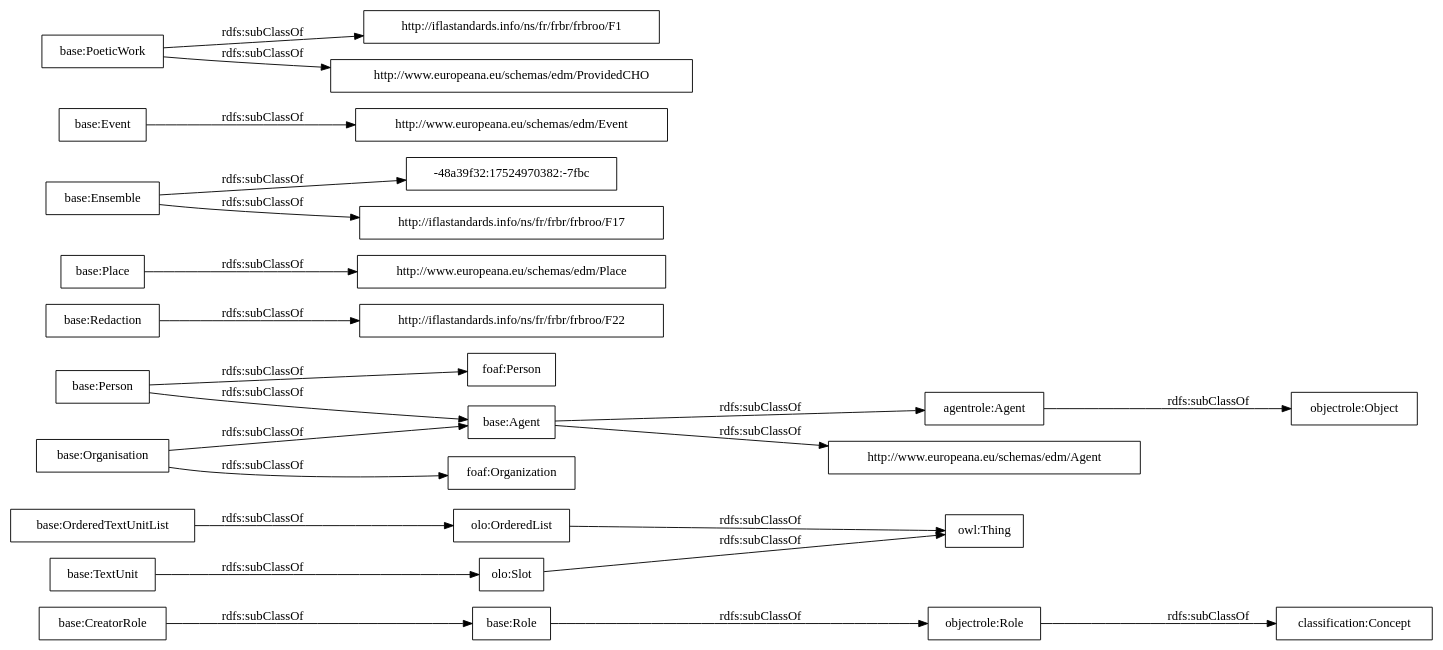
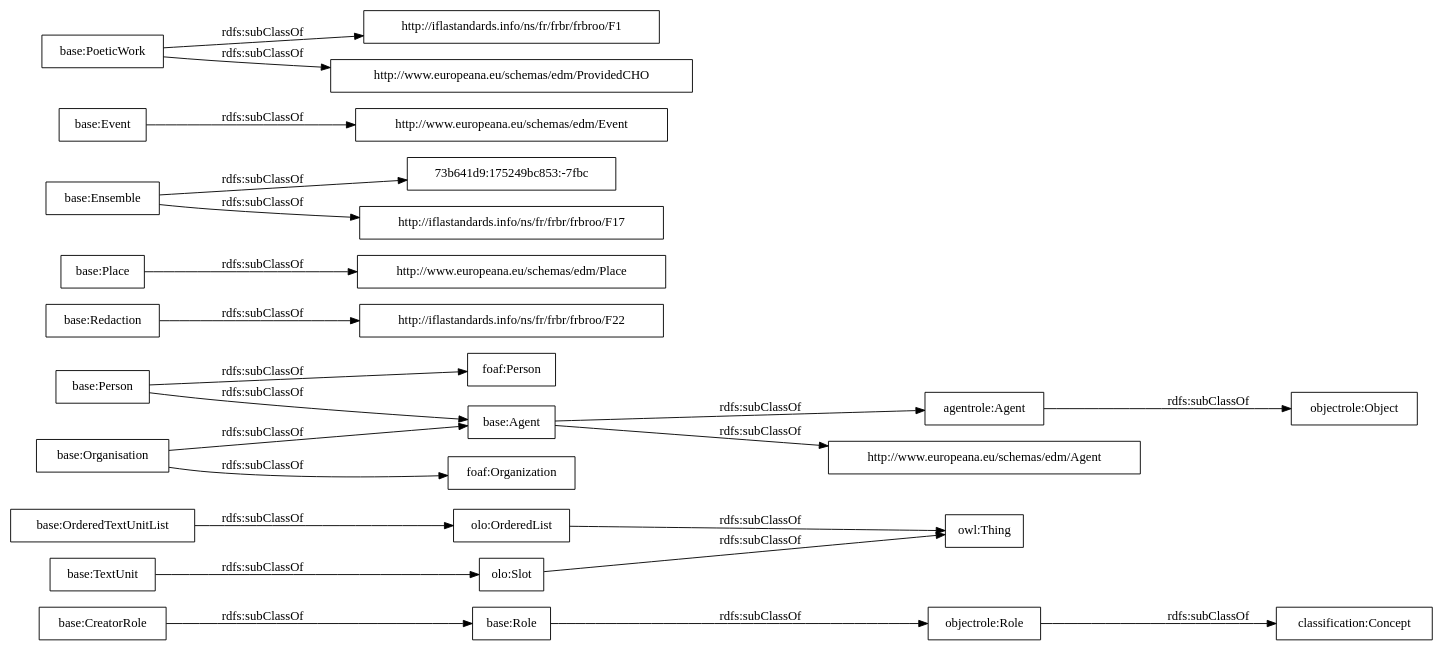
Before and after one commit to OnToologyUser/core-ontology-1: the diagram in OnToology/postdata-core.owl/diagrams/ar2dtool-taxonomy/postdata-core.owl.png.dot, drawn with Graphviz. The commit also changed 14 other files, not shown here.

```diff
--- a/OnToology/postdata-core.owl/diagrams/ar2dtool-taxonomy/postdata-core.owl.png.dot
+++ b/OnToology/postdata-core.owl/diagrams/ar2dtool-taxonomy/postdata-core.owl.png.dot
@@ -1,27 +1,27 @@
 digraph ar2dtool_diagram { 
 rankdir=LR;
 size="1000"
-node [shape = rectangle, color="black"]; "base:Role" "base:OrderedTextUnitList" "agentrole:Agent" "http://iflastandards.info/ns/fr/frbr/frbroo/F22" "http://www.europeana.eu/schemas/edm/Agent" "base:Agent" "base:CreatorRole" "base:Person" "base:Organisation" "http://www.europeana.eu/schemas/edm/Place" "base:Redaction" "base:Ensemble" "foaf:Person" "http://www.europeana.eu/schemas/edm/Event" "base:TextUnit" "http://iflastandards.info/ns/fr/frbr/frbroo/F1" "foaf:Organization" "http://www.europeana.eu/schemas/edm/ProvidedCHO" "-48a39f32:17524970382:-7fbc" "base:Place" "base:Event" "base:PoeticWork" "http://iflastandards.info/ns/fr/frbr/frbroo/F17" "owl:Thing" "objectrole:Role" "objectrole:Object" "olo:Slot" "olo:OrderedList" "classification:Concept" ; /*classes style*/
+node [shape = rectangle, color="black"]; "base:Role" "base:OrderedTextUnitList" "agentrole:Agent" "http://iflastandards.info/ns/fr/frbr/frbroo/F22" "http://www.europeana.eu/schemas/edm/Agent" "base:Agent" "base:CreatorRole" "base:Person" "base:Organisation" "http://www.europeana.eu/schemas/edm/Place" "base:Redaction" "base:Ensemble" "foaf:Person" "http://www.europeana.eu/schemas/edm/Event" "base:TextUnit" "http://iflastandards.info/ns/fr/frbr/frbroo/F1" "foaf:Organization" "http://www.europeana.eu/schemas/edm/ProvidedCHO" "base:Place" "73b641d9:175249bc853:-7fbc" "base:Event" "base:PoeticWork" "http://iflastandards.info/ns/fr/frbr/frbroo/F17" "owl:Thing" "objectrole:Role" "objectrole:Object" "olo:Slot" "olo:OrderedList" "classification:Concept" ; /*classes style*/
 	"base:Redaction" -> "http://iflastandards.info/ns/fr/frbr/frbroo/F22" [ label = "rdfs:subClassOf" ];
 	"base:Role" -> "objectrole:Role" [ label = "rdfs:subClassOf" ];
 	"base:Event" -> "http://www.europeana.eu/schemas/edm/Event" [ label = "rdfs:subClassOf" ];
 	"base:Person" -> "foaf:Person" [ label = "rdfs:subClassOf" ];
 	"base:Person" -> "base:Agent" [ label = "rdfs:subClassOf" ];
 	"olo:OrderedList" -> "owl:Thing" [ label = "rdfs:subClassOf" ];
 	"olo:Slot" -> "owl:Thing" [ label = "rdfs:subClassOf" ];
 	"base:PoeticWork" -> "http://www.europeana.eu/schemas/edm/ProvidedCHO" [ label = "rdfs:subClassOf" ];
 	"base:PoeticWork" -> "http://iflastandards.info/ns/fr/frbr/frbroo/F1" [ label = "rdfs:subClassOf" ];
 	"base:TextUnit" -> "olo:Slot" [ label = "rdfs:subClassOf" ];
 	"agentrole:Agent" -> "objectrole:Object" [ label = "rdfs:subClassOf" ];
-	"base:Ensemble" -> "-48a39f32:17524970382:-7fbc" [ label = "rdfs:subClassOf" ];
+	"base:Ensemble" -> "73b641d9:175249bc853:-7fbc" [ label = "rdfs:subClassOf" ];
 	"base:Ensemble" -> "http://iflastandards.info/ns/fr/frbr/frbroo/F17" [ label = "rdfs:subClassOf" ];
 	"base:OrderedTextUnitList" -> "olo:OrderedList" [ label = "rdfs:subClassOf" ];
 	"base:Agent" -> "agentrole:Agent" [ label = "rdfs:subClassOf" ];
 	"base:Agent" -> "http://www.europeana.eu/schemas/edm/Agent" [ label = "rdfs:subClassOf" ];
 	"objectrole:Role" -> "classification:Concept" [ label = "rdfs:subClassOf" ];
 	"base:Place" -> "http://www.europeana.eu/schemas/edm/Place" [ label = "rdfs:subClassOf" ];
 	"base:Organisation" -> "foaf:Organization" [ label = "rdfs:subClassOf" ];
 	"base:Organisation" -> "base:Agent" [ label = "rdfs:subClassOf" ];
 	"base:CreatorRole" -> "base:Role" [ label = "rdfs:subClassOf" ];
 
 }
```
